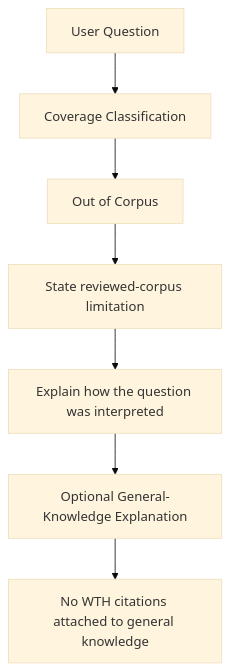
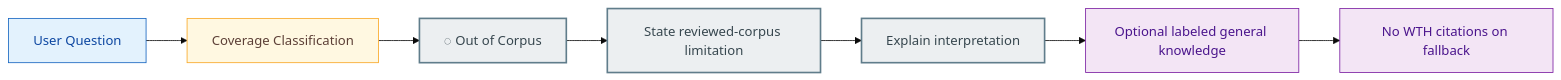
One commit to imAbhinav13/WTH-WhatTheHuman changed the eighth of 8 diagrams in README.md. Above: the diagram before and after it, drawn with Mermaid (base theme). The commit also changed other lines of this file, not shown here.

Commit message:
Refresh README with production architecture and frontend

````diff
--- a/README.md
+++ b/README.md
@@ -1454,13 +1410,22 @@
 ```mermaid
-flowchart TD
-    Q[User Question]
-    C[Coverage Classification]
-    O[Out of Corpus]
-
-    L[State reviewed-corpus limitation]
-    I[Explain how the question was interpreted]
-    G[Optional General-Knowledge Explanation]
-    N[No WTH citations attached to general knowledge]
+flowchart LR
+    Q["User Question"]
+    C["Coverage Classification"]
+    O["◌ Out of Corpus"]
+    L["State reviewed-corpus limitation"]
+    I["Explain interpretation"]
+    G["Optional labeled general knowledge"]
+    N["No WTH citations on fallback"]
 
     Q --> C --> O --> L --> I --> G --> N
+
+    classDef question fill:#E3F2FD,stroke:#1565C0,color:#0D47A1;
+    classDef logic fill:#FFF8E1,stroke:#F9A825,color:#5D4037;
+    classDef ooc fill:#ECEFF1,stroke:#607D8B,color:#37474F,stroke-width:2px;
+    classDef fallback fill:#F3E5F5,stroke:#7B1FA2,color:#4A148C;
+
+    class Q question;
+    class C logic;
+    class O,L,I ooc;
+    class G,N fallback;
 ```
````
